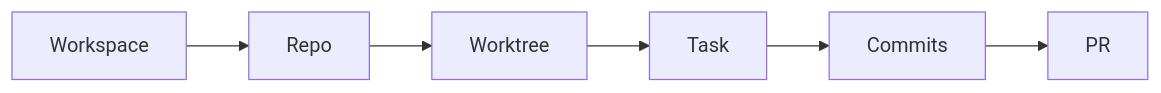
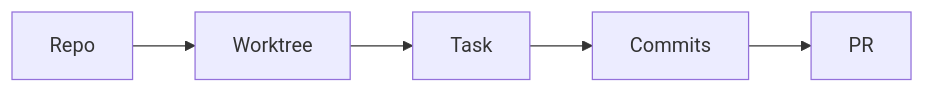
Before and after one commit to 42euge/geno-dev: the diagram in docs/concepts.md, drawn with Mermaid. The commit also changed other lines of this file and 10 other files, not shown here.

````diff
--- a/docs/concepts.md
+++ b/docs/concepts.md
@@ -7,8 +7,7 @@
 ```mermaid
 graph LR
-    A[Workspace] --> B[Repo]
-    B --> C[Worktree]
-    C --> D[Task]
-    D --> E[Commits]
-    E --> F[PR]
+    A[Repo] --> B[Worktree]
+    B --> C[Task]
+    C --> D[Commits]
+    D --> E[PR]
 ```
````
